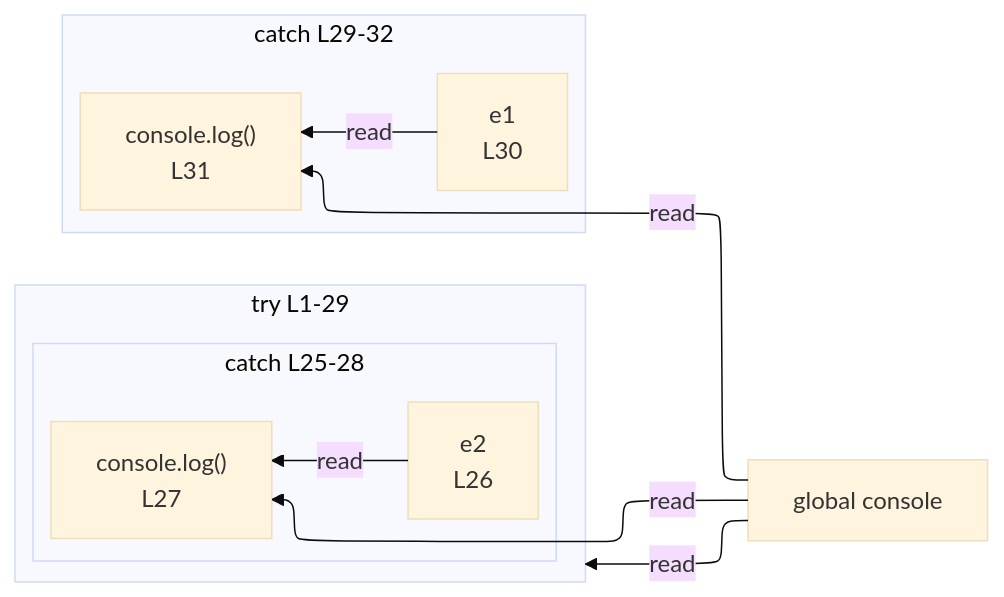
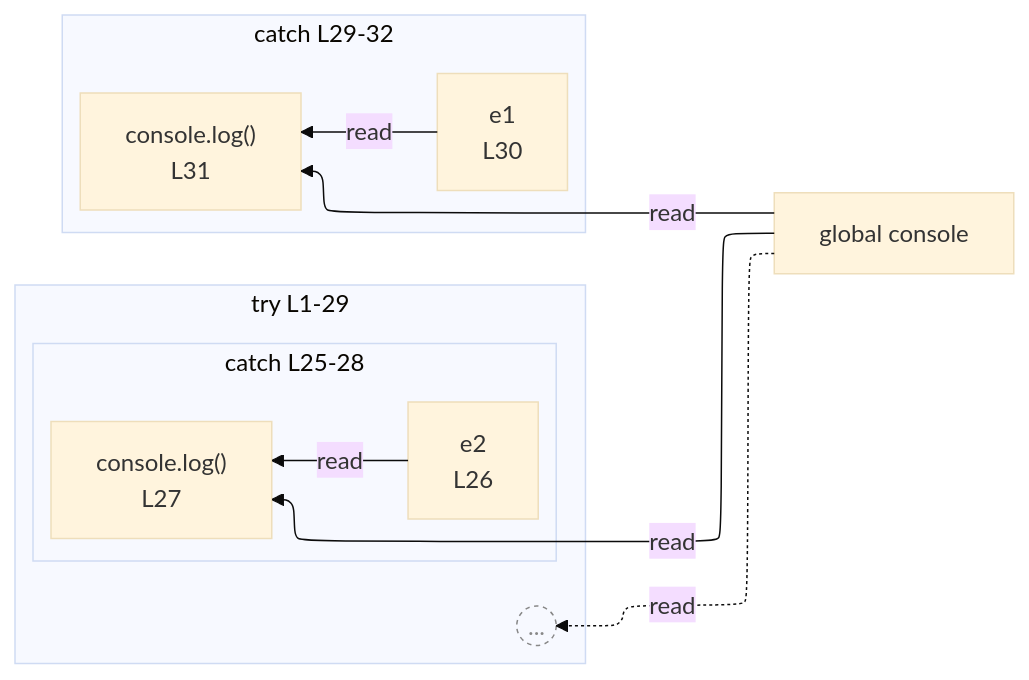
Before and after one commit to crescware/unsnarl: the diagram in integration/fixtures/app-behavior/depth/try-catch-finally/depth-1/preview.md, drawn with Mermaid (base theme). The commit also changed 72 other files, not shown here.

First line of the commit message:
Render anonymous collapsed scopes as a BeyondDepth `((...))` stub

````diff
--- a/integration/fixtures/app-behavior/depth/try-catch-finally/depth-1/preview.md
+++ b/integration/fixtures/app-behavior/depth/try-catch-finally/depth-1/preview.md
@@ -42,23 +42,26 @@
 ```mermaid
 %%{init: {"flowchart": {"defaultRenderer": "elk"}}}%%
 flowchart RL
   n_scope_0_console_103["global console"]
   subgraph s_scope_1["try L1-29"]
     direction RL
+    beyond_depth_s_scope_1((...))
     subgraph s_scope_11["catch L25-28"]
       direction RL
       n_scope_11_e2_453["e2<br/>L26"]
       expr_stmt_468["console.log()<br/>L27"]
     end
   end
   subgraph s_scope_12["catch L29-32"]
     direction RL
     n_scope_12_e1_507["e1<br/>L30"]
     expr_stmt_520["console.log()<br/>L31"]
   end
-  n_scope_0_console_103 -->|read| s_scope_1
+  n_scope_0_console_103 -.->|read| beyond_depth_s_scope_1
   n_scope_0_console_103 -->|read| expr_stmt_468
   n_scope_11_e2_453 -->|read| expr_stmt_468
   n_scope_0_console_103 -->|read| expr_stmt_520
   n_scope_12_e1_507 -->|read| expr_stmt_520
+  classDef boundaryStub fill:transparent,stroke:#888,stroke-dasharray:3 3,color:#888;
+  class beyond_depth_s_scope_1 boundaryStub;
 ```
````
